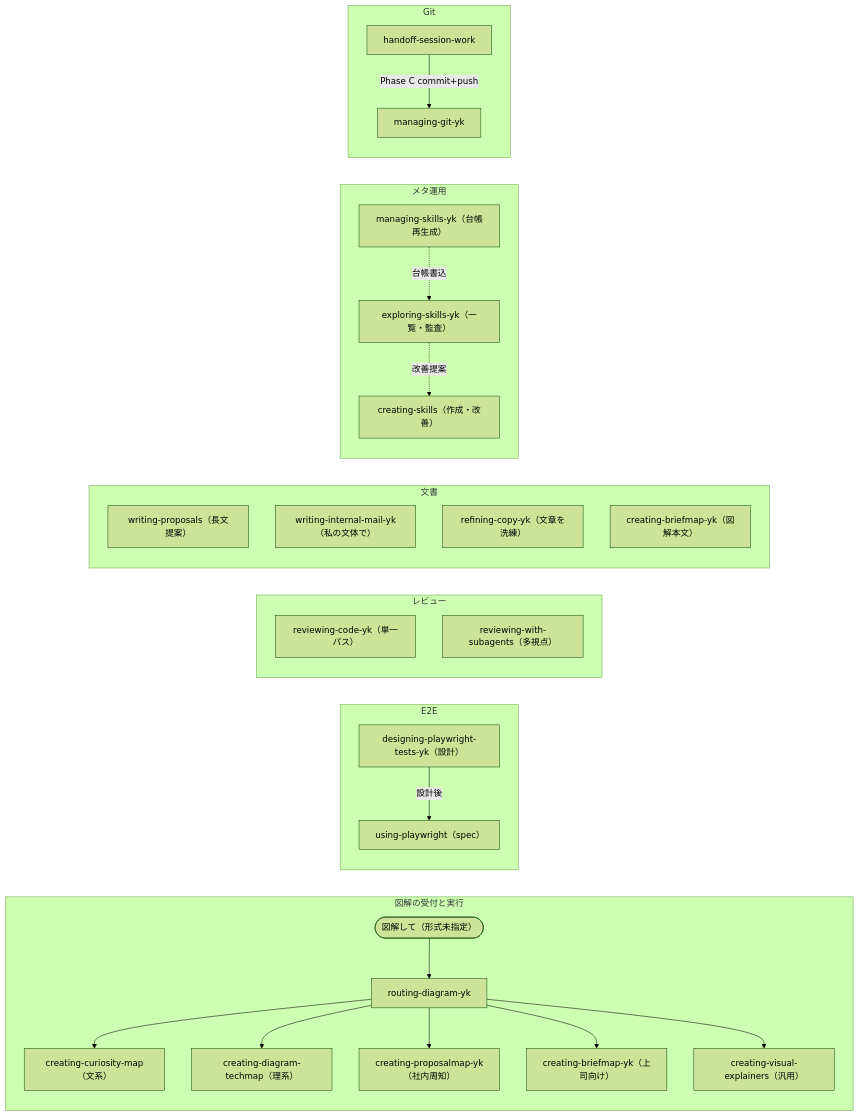
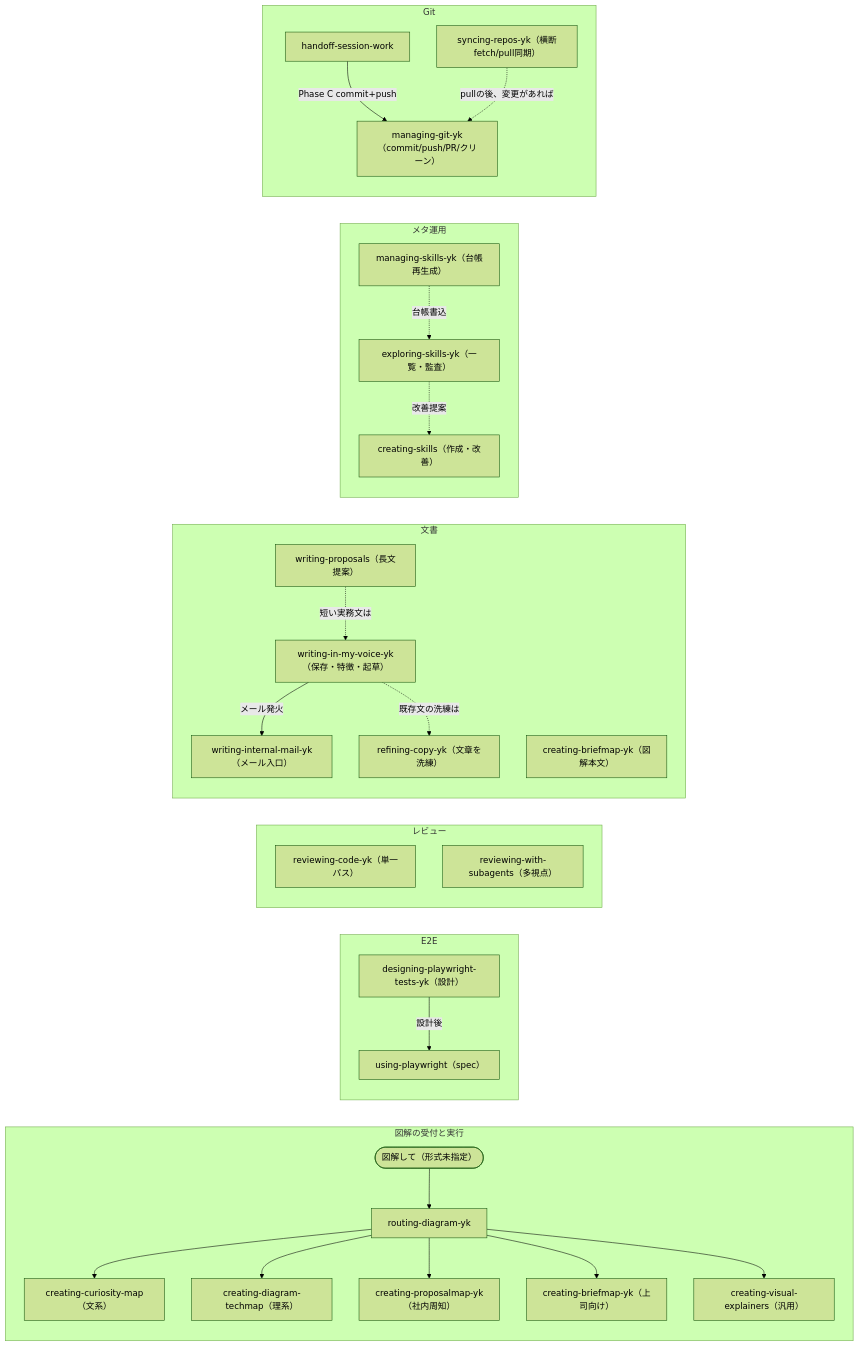
Before and after one commit to yk3720/yk-skill: the diagram in metadata/diagrams/skills-routing-pairs.mmd, drawn with Mermaid (forest theme). The commit also changed 11 other files, not shown here.

First line of the commit message:
feat(skill): syncing-repos-yk新設・スキル台帳更新・UIフォント統一ルールをBIZ UDPゴシックへ更新

```diff
--- a/metadata/diagrams/skills-routing-pairs.mmd
+++ b/metadata/diagrams/skills-routing-pairs.mmd
@@ -1,56 +1,62 @@
 %% YK スキル — 受付・委譲とペア関係
 %% SSOT: ../SKILL_CATALOG.md ペア表
 flowchart LR
   subgraph routeDiagram["図解の受付と実行"]
     direction TB
     ask(["図解して（形式未指定）"])
     route["routing-diagram-yk"]
     curiosity["creating-curiosity-map（文系）"]
     techmap["creating-diagram-techmap（理系）"]
     proposal["creating-proposalmap-yk（社内周知）"]
     brief["creating-briefmap-yk（上司向け）"]
     visual["creating-visual-explainers（汎用）"]
     ask --> route
     route --> curiosity
     route --> techmap
     route --> proposal
     route --> brief
     route --> visual
   end
 
   subgraph pairTest["E2E"]
     direction TB
     pwDesign["designing-playwright-tests-yk（設計）"]
     pwUse["using-playwright（spec）"]
     pwDesign -->|"設計後"| pwUse
   end
 
   subgraph pairReview["レビュー"]
     direction TB
     review1["reviewing-code-yk（単一パス）"]
     reviewN["reviewing-with-subagents（多視点）"]
   end
 
   subgraph pairWriting["文書"]
     direction TB
     proposals["writing-proposals（長文提案）"]
-    mail["writing-internal-mail-yk（私の文体で）"]
+    voice["writing-in-my-voice-yk（保存・特徴・起草）"]
+    mail["writing-internal-mail-yk（メール入口）"]
     refine["refining-copy-yk（文章を洗練）"]
     briefmap["creating-briefmap-yk（図解本文）"]
+    proposals -.->|"短い実務文は"| voice
+    voice -->|"メール発火"| mail
+    voice -.->|"既存文の洗練は"| refine
   end
 
   subgraph pairMeta["メタ運用"]
     direction TB
     explore["exploring-skills-yk（一覧・監査）"]
     manage["managing-skills-yk（台帳再生成）"]
     createSkill["creating-skills（作成・改善）"]
     explore -.->|"改善提案"| createSkill
     manage -.->|"台帳書込"| explore
   end
 
   subgraph pairGit["Git"]
     direction TB
-    git["managing-git-yk"]
+    git["managing-git-yk（commit/push/PR/クリーン）"]
+    syncRepos["syncing-repos-yk（横断fetch/pull同期）"]
     handoff["handoff-session-work"]
     handoff -->|"Phase C commit+push"| git
+    syncRepos -.->|"pullの後、変更があれば"| git
   end
```
